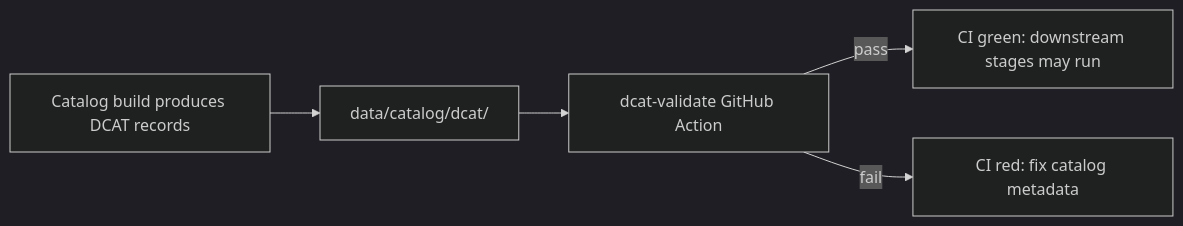
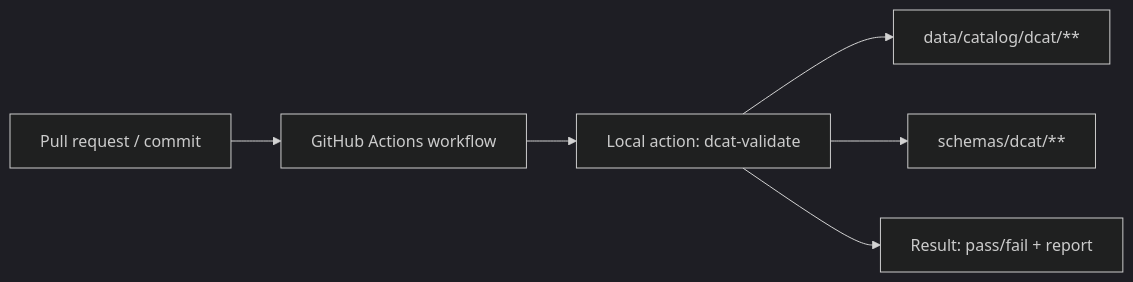
Before and after one commit to bartytime4life/Kansas-Frontier-Matrix: the diagram in .github/actions/dcat-validate/README.md, drawn with Mermaid (dark theme). The commit also changed other lines of this file, not shown here.

```diff
--- a/.github/actions/dcat-validate/README.md
+++ b/.github/actions/dcat-validate/README.md
@@ -142,7 +152,8 @@
 ~~~mermaid
 flowchart LR
-  A[Catalog build produces DCAT records] --> B[data/catalog/dcat/]
-  B --> C[dcat-validate GitHub Action]
-  C -->|pass| D[CI green: downstream stages may run]
-  C -->|fail| E[CI red: fix catalog metadata]
+  PR[Pull request / commit] --> CI[GitHub Actions workflow]
+  CI --> A[Local action: dcat-validate]
+  A --> D[data/catalog/dcat/**]
+  A --> S[schemas/dcat/**]
+  A --> R[Result: pass/fail + report]
 ~~~
```
